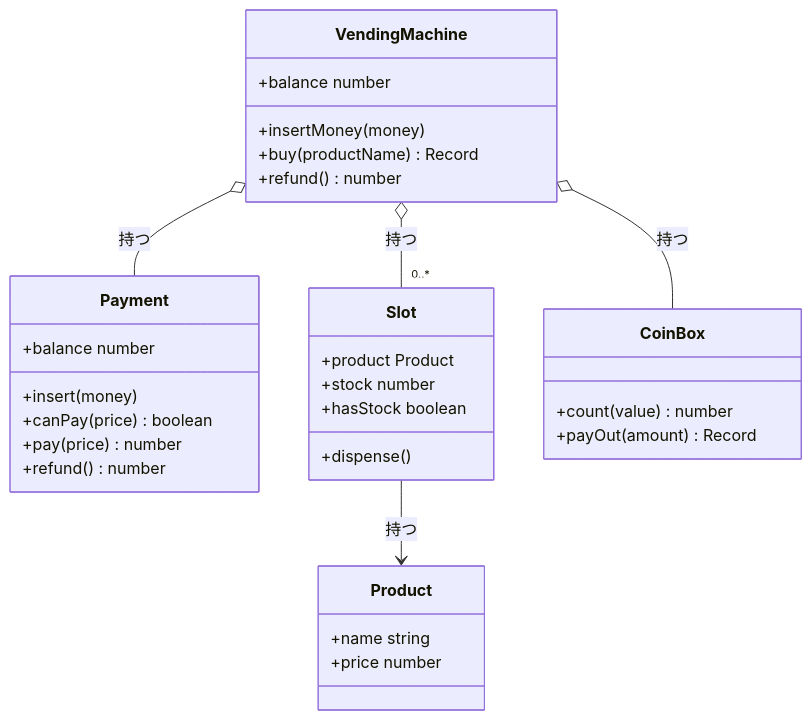
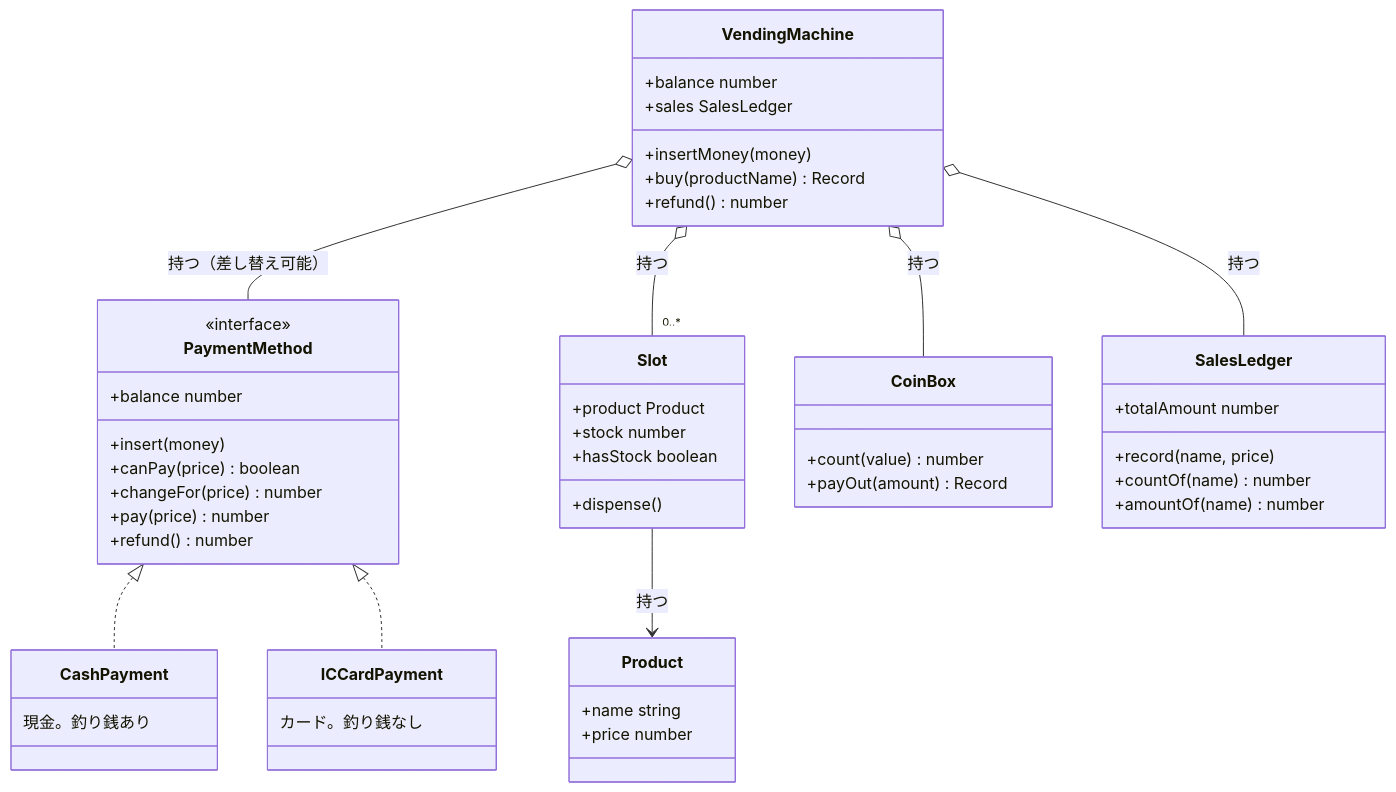
The first of 2 diagrams in 05_vending_machine_with_tdd/DESIGN.md (satoru-o/oop-learning-sandbox), drawn with Mermaid before and after one commit. The commit also changed other lines of this file and 1 other file, not shown here.

Commit message:
docs(05): 設計図にルール7・8（支払い方法の差し替え・売上集計）を反映する

````diff
--- a/05_vending_machine_with_tdd/DESIGN.md
+++ b/05_vending_machine_with_tdd/DESIGN.md
@@ -15,35 +16,53 @@
 ```mermaid
 classDiagram
-    VendingMachine o-- Payment : 持つ
+    VendingMachine o-- PaymentMethod : 持つ（差し替え可能）
     VendingMachine o-- "0..*" Slot : 持つ
     VendingMachine o-- CoinBox : 持つ
+    VendingMachine o-- SalesLedger : 持つ
     Slot --> Product : 持つ
+    PaymentMethod <|.. CashPayment
+    PaymentMethod <|.. ICCardPayment
 
     class VendingMachine {
         +balance number
+        +sales SalesLedger
         +insertMoney(money)
         +buy(productName) Record
         +refund() number
     }
     class Product {
         +name string
         +price number
     }
     class Slot {
         +product Product
         +stock number
         +hasStock boolean
         +dispense()
     }
-    class Payment {
+    class PaymentMethod {
+        <<interface>>
         +balance number
         +insert(money)
         +canPay(price) boolean
+        +changeFor(price) number
         +pay(price) number
         +refund() number
+    }
+    class CashPayment {
+        現金。釣り銭あり
+    }
+    class ICCardPayment {
+        カード。釣り銭なし
     }
     class CoinBox {
         +count(value) number
         +payOut(amount) Record
     }
+    class SalesLedger {
+        +record(name, price)
+        +countOf(name) number
+        +amountOf(name) number
+        +totalAmount number
+    }
 ```
````
